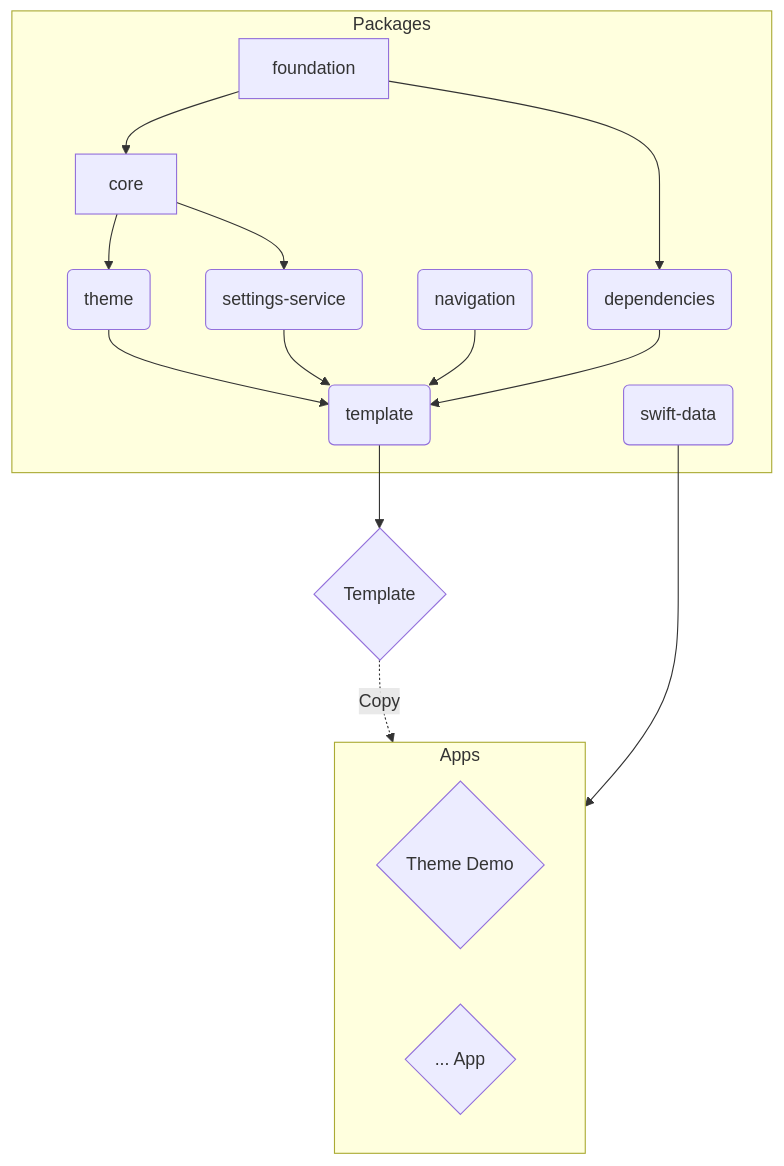
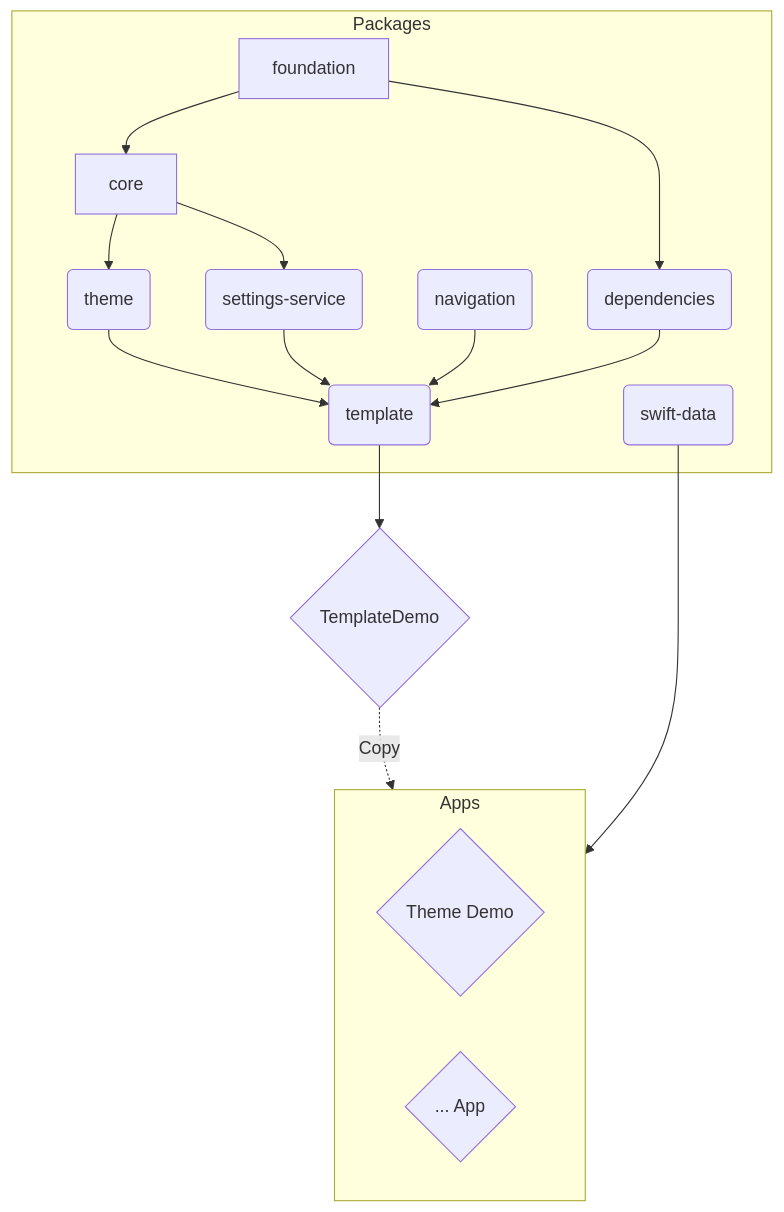
Before and after one commit to simonnickel/snap: the diagram in README.md, drawn with Mermaid. The commit also changed other lines of this file, not shown here.

````diff
--- a/README.md
+++ b/README.md
@@ -26,37 +26,37 @@
 ```mermaid
 flowchart TD
 
     subgraph Packages
     C1[foundation]
     C2[core]
     M2(theme)
     M3(settings-service)
     M4(navigation)
     M5(dependencies)
     M6(swift-data)
     M1(template)
     end
     
-    A1{Template}
+    A1{TemplateDemo}
 
     subgraph Apps
     A2{Theme Demo}
     A3{... App}
     end
 
     C1 --> C2
     C1 --> M5
 
     C2 --> M2
     C2 --> M3
 
     M2 --> M1
     M3 --> M1
     M4 --> M1
     M5 --> M1
 
     M1 --> A1
 
     A1 -.->|Copy| Apps
     M6 --> Apps
 ```
````
